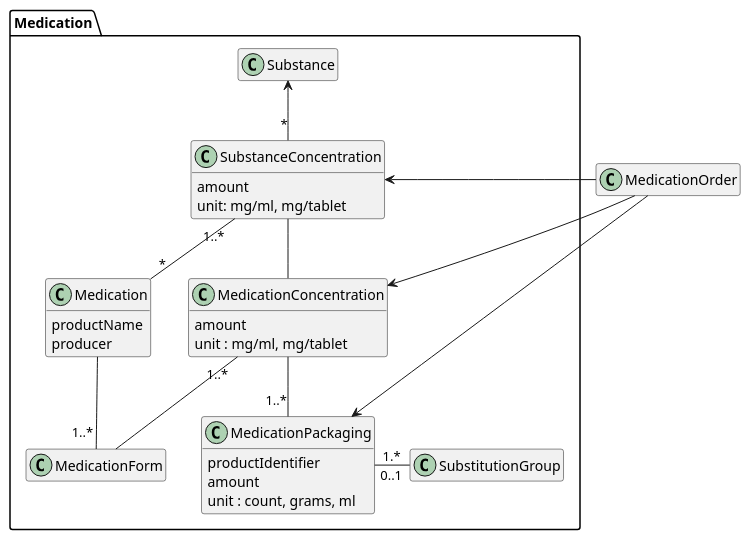
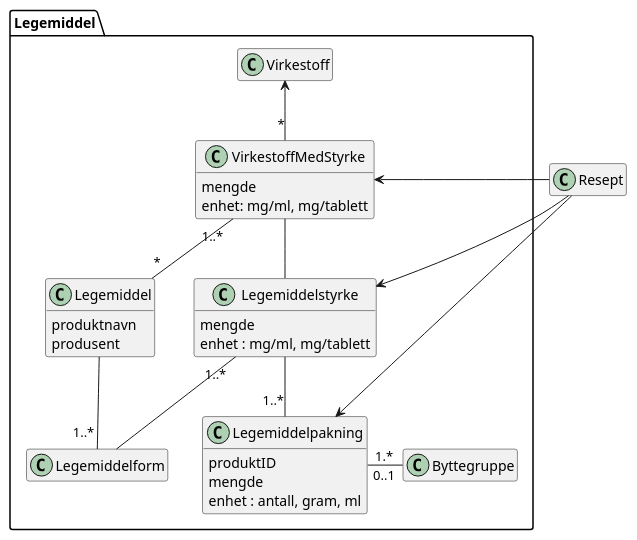
One commit to sopra-steria-norge/pharmacy.no changed the diagram in doc/uml/class-medication.puml. Above: the diagram before and after it, drawn with PlantUML.

Commit message:
Oversatt engelske termer i Legemiddel-diagram til norsk

```diff
--- a/doc/uml/class-medication.puml
+++ b/doc/uml/class-medication.puml
@@ -1,60 +1,52 @@
 @startuml
 
-package Medication {
-    ' Legemiddel
-    class Medication {
-        productName
-        producer
+package Legemiddel {
+    class Legemiddel {
+        produktnavn
+        produsent
     }
 
-    ' Virkestoff
-    class Substance
+    class Virkestoff
 
-    ' VirkestoffMedStyrke
-    class SubstanceConcentration {
-        amount
-        unit: mg/ml, mg/tablet
+    class VirkestoffMedStyrke {
+        mengde
+        enhet: mg/ml, mg/tablett
     }
 
-    ' Legemiddel
-    class MedicationConcentration {
-        amount
-        unit : mg/ml, mg/tablet
+    class Legemiddelstyrke {
+        mengde
+        enhet : mg/ml, mg/tablett
     }
 
-    ' Legemiddelform
-    class MedicationForm {
+    class Legemiddelform {
         
     }
 
-    ' Legemiddelpakning
-    class MedicationPackaging {
-        productIdentifier
-        amount
-        unit : count, grams, ml
+    class Legemiddelpakning {
+        produktID
+        mengde
+        enhet : antall, gram, ml
     }
 
-    ' Byttegruppe
-    class SubstitutionGroup
+    class Byttegruppe
 
-    SubstanceConcentration "*" -up-> Substance
-    Medication "*" -up- "1..*" SubstanceConcentration
-    MedicationForm "1..*" -up- Medication
-    MedicationConcentration "1..*" - MedicationForm
-    MedicationConcentration -up- SubstanceConcentration
-    MedicationPackaging "1..*" -up- MedicationConcentration
-    MedicationPackaging "1.*" - "0..1" SubstitutionGroup    
+    VirkestoffMedStyrke "*" -up-> Virkestoff
+    Legemiddel "*" -up- "1..*" VirkestoffMedStyrke
+    Legemiddelform "1..*" -up- Legemiddel
+    Legemiddelstyrke "1..*" - Legemiddelform
+    Legemiddelstyrke -up- VirkestoffMedStyrke
+    Legemiddelpakning "1..*" -up- Legemiddelstyrke
+    Legemiddelpakning "1.*" - "0..1" Byttegruppe    
 }
 
-' Resept
-class MedicationOrder
+class Resept
 
-MedicationOrder -right-> SubstanceConcentration
-MedicationOrder -right-> MedicationConcentration
-MedicationOrder -right-> MedicationPackaging
+Resept -right-> VirkestoffMedStyrke
+Resept -right-> Legemiddelstyrke
+Resept -right-> Legemiddelpakning
 
 
 
 hide empty members
 hide methods
 @enduml
```
